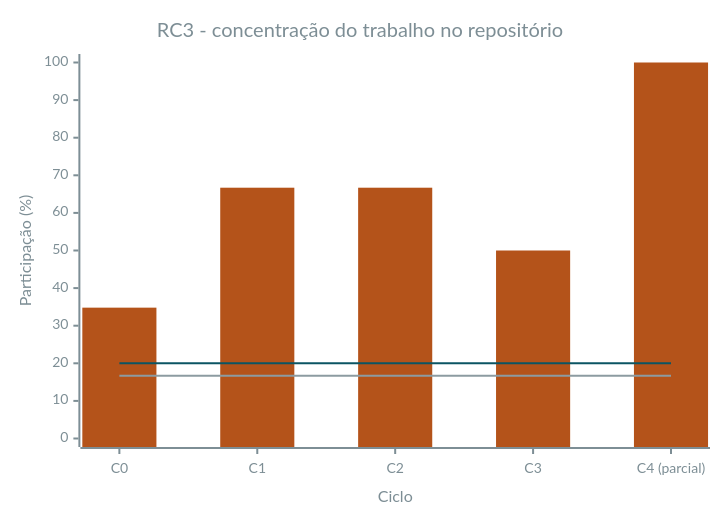
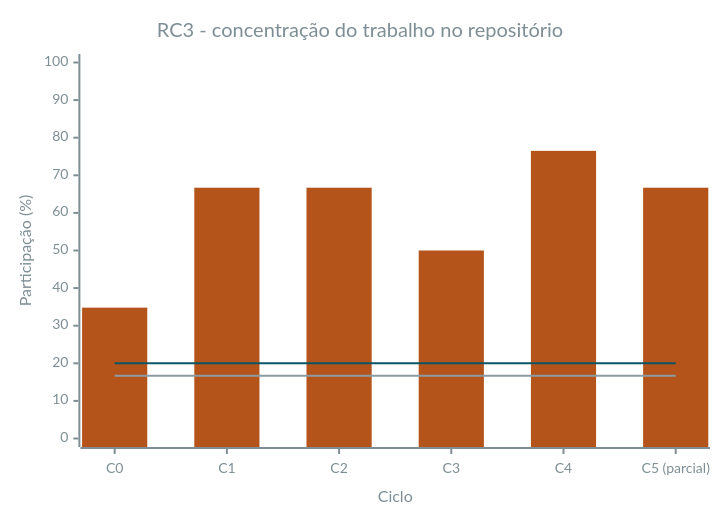
One commit to FCTE-Qualidade-de-Software-1/2026-2_T02_FRANCES_ALLEN changed diagram 25 of 29 in docs/gestao/registro-de-medicoes.md. Above: the diagram before and after it, drawn with Mermaid. The commit also changed other lines of this file and 2 other files, not shown here.

First line of the commit message:
PSM: fechamento do ciclo 4 e coleta parcial do ciclo 5

````diff
--- a/docs/gestao/registro-de-medicoes.md
+++ b/docs/gestao/registro-de-medicoes.md
@@ -750,25 +945,25 @@
 ```mermaid
 ---
 config:
   themeVariables:
     xyChart:
       plotColorPalette: "#B4531A, #0B5563, #8C9BA1"
       titleColor: "#7D8E95"
       xAxisLabelColor: "#7D8E95"
       xAxisTitleColor: "#7D8E95"
       xAxisLineColor: "#7D8E95"
       xAxisTickColor: "#7D8E95"
       yAxisLabelColor: "#7D8E95"
       yAxisTitleColor: "#7D8E95"
       yAxisLineColor: "#7D8E95"
       yAxisTickColor: "#7D8E95"
       backgroundColor: "transparent"
 ---
 xychart-beta
     title "RC3 - concentração do trabalho no repositório"
-    x-axis "Ciclo" ["C0", "C1", "C2", "C3", "C4 (parcial)"]
+    x-axis "Ciclo" ["C0", "C1", "C2", "C3", "C4", "C5 (parcial)"]
     y-axis "Participação (%)" 0 --> 100
-    bar [34.8, 66.7, 66.7, 50.0, 100]
-    line [20, 20, 20, 20, 20]
-    line [16.7, 16.7, 16.7, 16.7, 16.7]
+    bar [34.8, 66.7, 66.7, 50.0, 76.5, 66.7]
+    line [20, 20, 20, 20, 20, 20]
+    line [16.7, 16.7, 16.7, 16.7, 16.7, 16.7]
 ```
````
